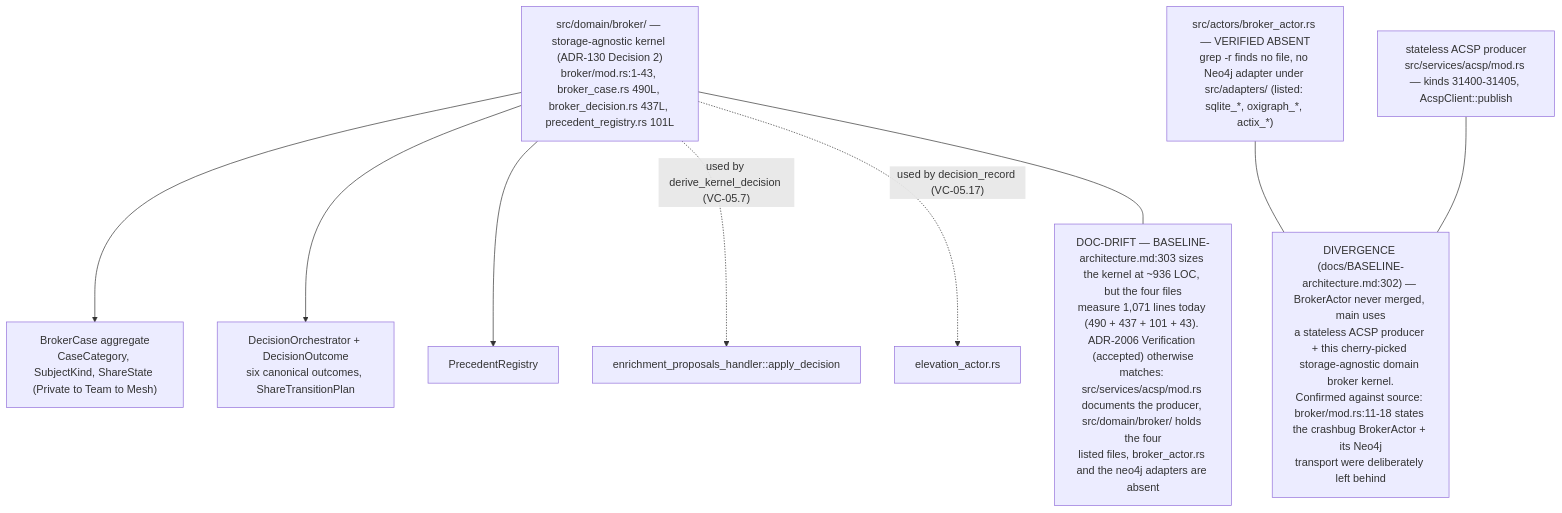
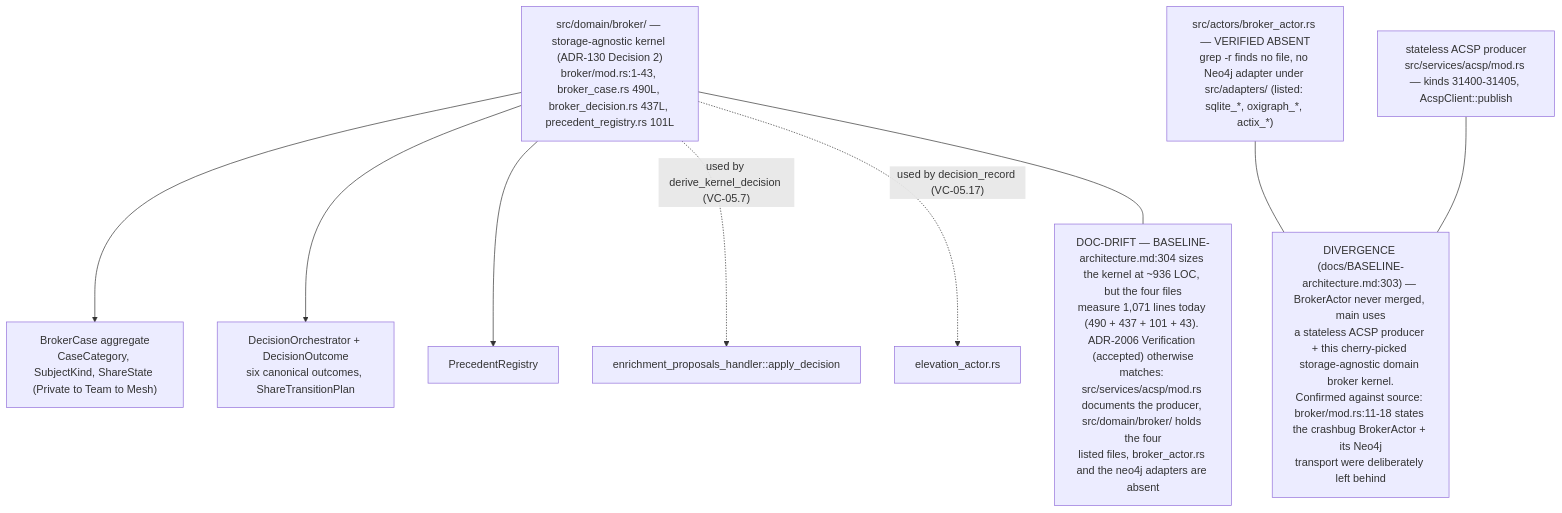
One commit to DreamLab-AI/VisionFlow changed diagram 15 of 15 in docs/diagrams/visionclaw/05-handlers-governance-and-identity.md. Above: the diagram before and after it, drawn with Mermaid. The commit also changed other lines of this file and 142 other files, not shown here.

First line of the commit message:
docs(diagrams): one System One route; re-verify 140 topics at today's heads

````diff
--- a/docs/diagrams/visionclaw/05-handlers-governance-and-identity.md
+++ b/docs/diagrams/visionclaw/05-handlers-governance-and-identity.md
@@ -792,19 +792,19 @@
 ```mermaid
 flowchart TB
     KERNEL["src/domain/broker/ — storage-agnostic kernel (ADR-130 Decision 2)<br/>broker/mod.rs:1-43, broker_case.rs 490L, broker_decision.rs 437L, precedent_registry.rs 101L"]
     BC["BrokerCase aggregate<br/>CaseCategory, SubjectKind, ShareState (Private to Team to Mesh)"]
     BD["DecisionOrchestrator + DecisionOutcome<br/>six canonical outcomes, ShareTransitionPlan"]
     PR["PrecedentRegistry"]
     KERNEL --> BC
     KERNEL --> BD
     KERNEL --> PR
     ACSP["stateless ACSP producer<br/>src/services/acsp/mod.rs — kinds 31400-31405, AcspClient::publish"]
     ABSENT["src/actors/broker_actor.rs — VERIFIED ABSENT<br/>grep -r finds no file, no Neo4j adapter under src/adapters/ (listed: sqlite_*, oxigraph_*, actix_*)"]
     KERNEL -.->|"used by derive_kernel_decision (VC-05.7)"| CALLER["enrichment_proposals_handler::apply_decision"]
     KERNEL -.->|"used by decision_record (VC-05.17)"| CALLER2["elevation_actor.rs"]
-    N1["DIVERGENCE (docs/BASELINE-architecture.md:302) — BrokerActor never merged, main uses<br/>a stateless ACSP producer + this cherry-picked storage-agnostic domain broker kernel.<br/>Confirmed against source: broker/mod.rs:11-18 states the crashbug BrokerActor + its Neo4j<br/>transport were deliberately left behind"]
+    N1["DIVERGENCE (docs/BASELINE-architecture.md:303) — BrokerActor never merged, main uses<br/>a stateless ACSP producer + this cherry-picked storage-agnostic domain broker kernel.<br/>Confirmed against source: broker/mod.rs:11-18 states the crashbug BrokerActor + its Neo4j<br/>transport were deliberately left behind"]
     ABSENT --- N1
     ACSP --- N1
-    N2["DOC-DRIFT — BASELINE-architecture.md:303 sizes the kernel at ~936 LOC, but the four files<br/>measure 1,071 lines today (490 + 437 + 101 + 43). ADR-2006 Verification (accepted) otherwise<br/>matches: src/services/acsp/mod.rs documents the producer, src/domain/broker/ holds the four<br/>listed files, broker_actor.rs and the neo4j adapters are absent"]
+    N2["DOC-DRIFT — BASELINE-architecture.md:304 sizes the kernel at ~936 LOC, but the four files<br/>measure 1,071 lines today (490 + 437 + 101 + 43). ADR-2006 Verification (accepted) otherwise<br/>matches: src/services/acsp/mod.rs documents the producer, src/domain/broker/ holds the four<br/>listed files, broker_actor.rs and the neo4j adapters are absent"]
     KERNEL --- N2
 ```
````
